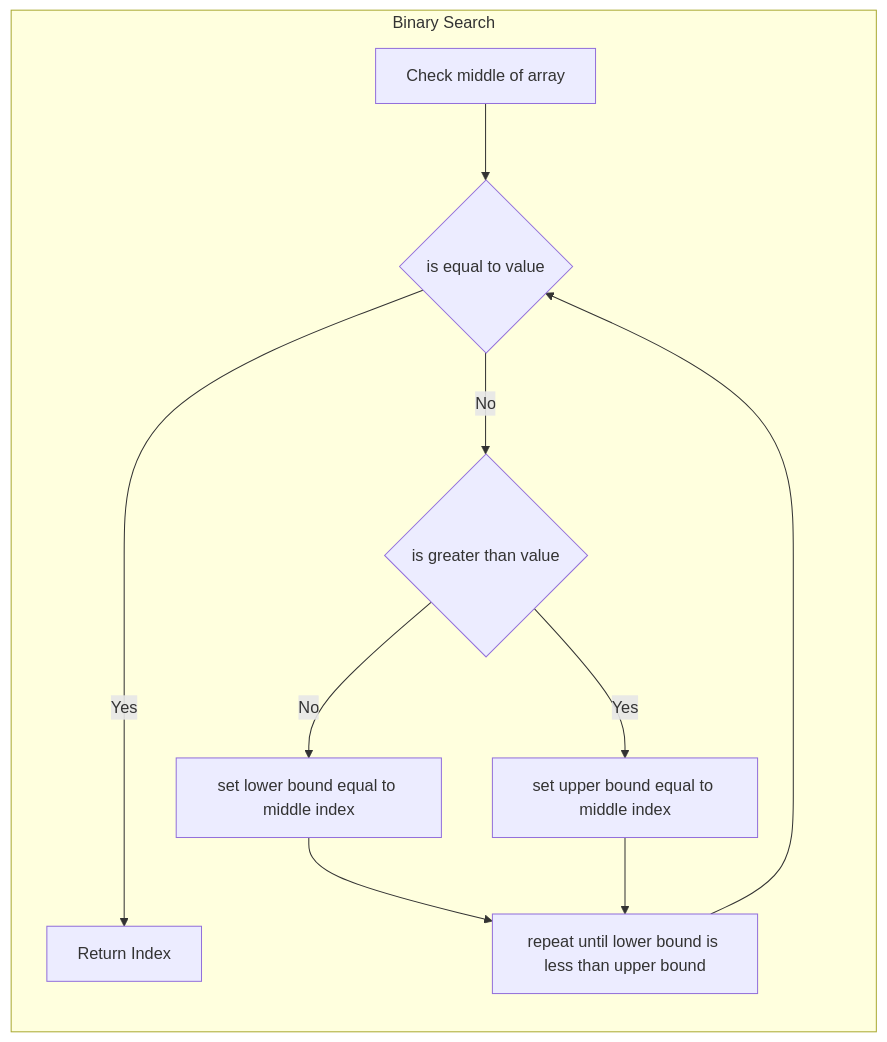
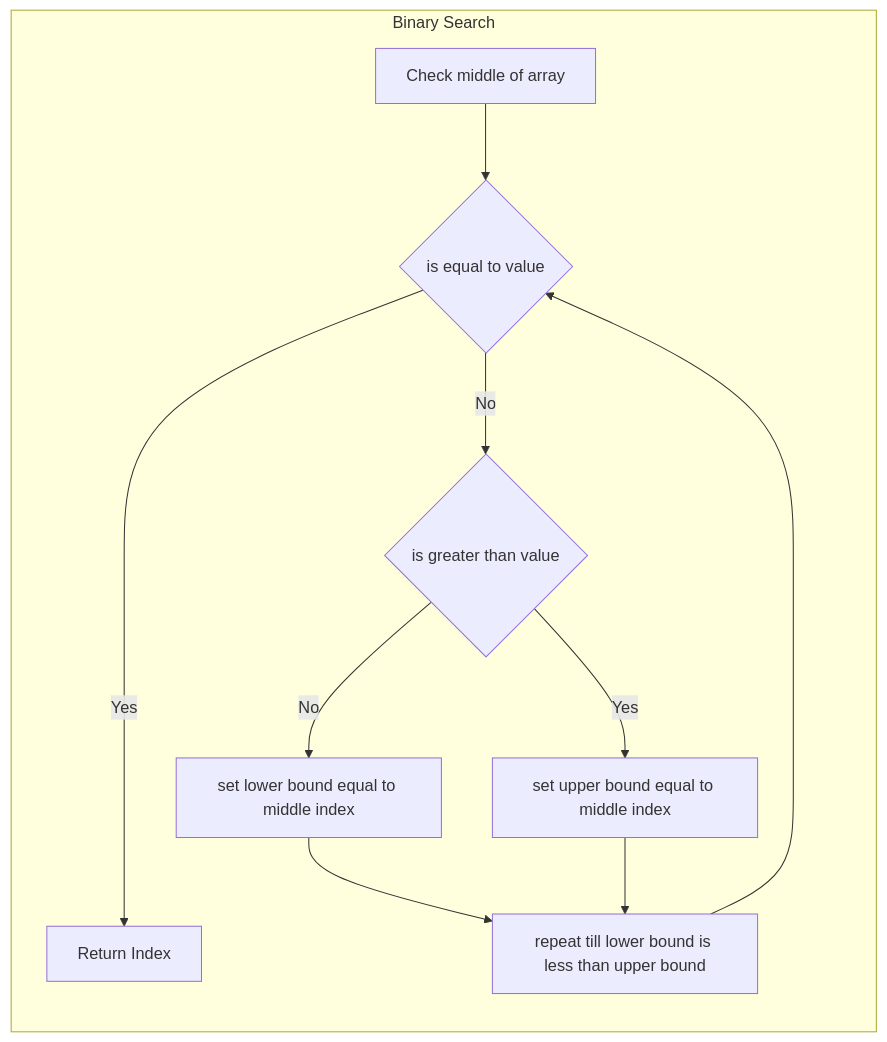
Before and after one commit to kurayami07734/Cpp-projects: the diagram in Notes/Algorithms/SearchingAlgorithms.md, drawn with Mermaid.

Commit message:
corrected grammar in flowchart of binary search

````diff
--- a/Notes/Algorithms/SearchingAlgorithms.md
+++ b/Notes/Algorithms/SearchingAlgorithms.md
@@ -28,13 +28,13 @@
 ```mermaid
 graph LR
     subgraph "Binary Search"
     Step1[Check middle of array] --> Step2{is equal to value};
     Step2 -- Yes ----> Step4[Return Index];
     Step2 -- No --> Step5{is greater than value};
     Step5 -- Yes --> Step6[set upper bound equal to middle index];
     Step5 -- No --> Step7[set lower bound equal to middle index];
-    Step7 --> Step8[repeat until lower bound is less than upper bound ];
+    Step7 --> Step8[repeat till lower bound is less than upper bound ];
     Step6 --> Step8;
     Step8 --> Step2;
 end
 ```
````
